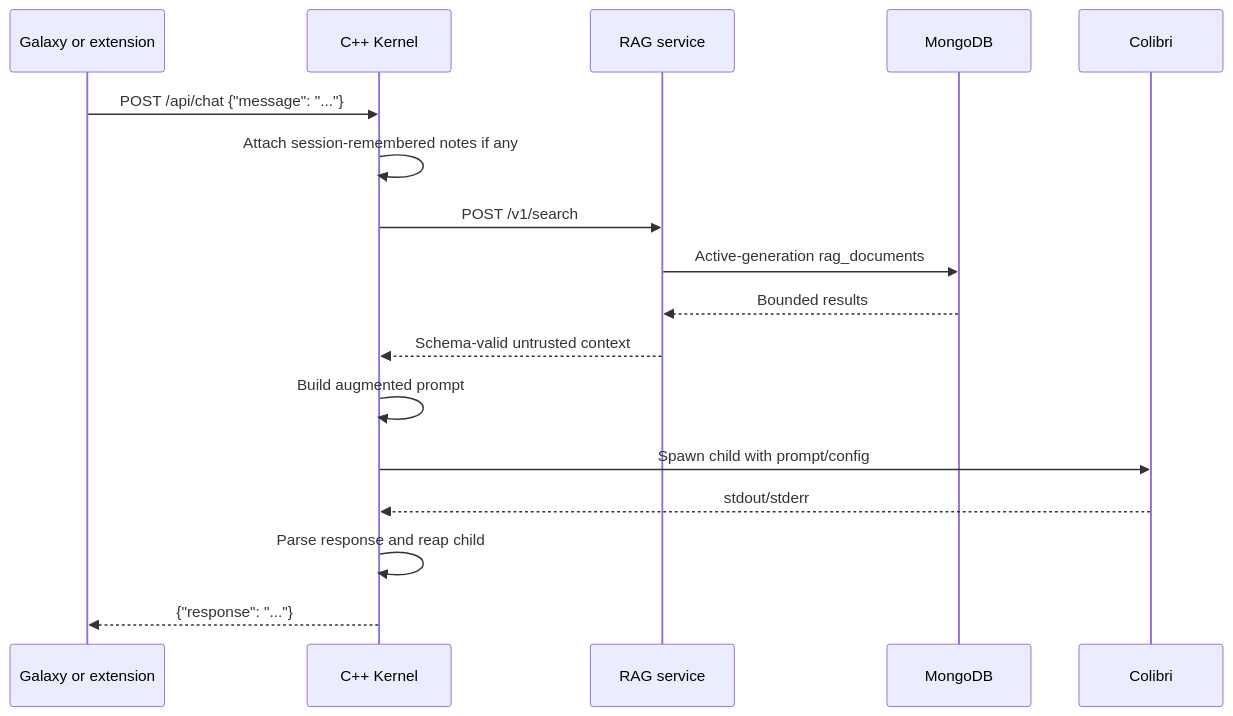
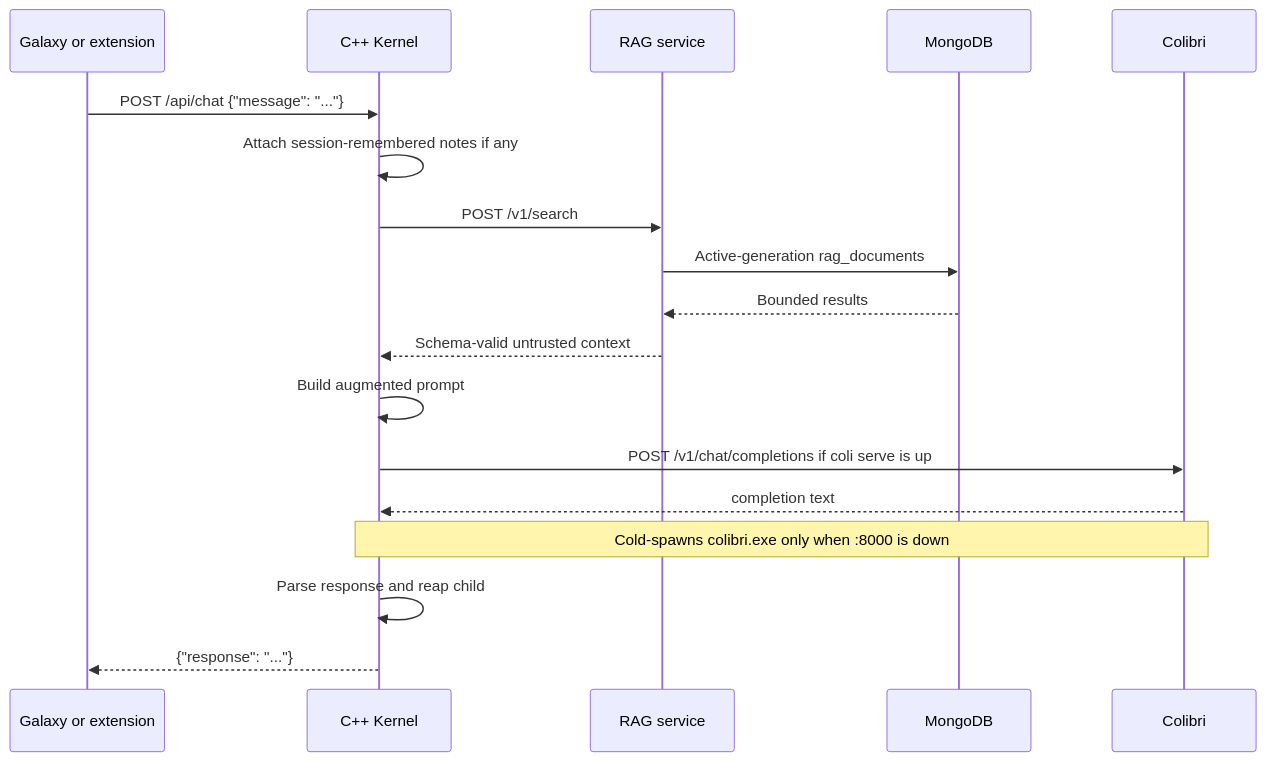
Before and after one commit to usrname1git/GodBrain: the second of 5 diagrams in ARCHITECTURE.md, drawn with Mermaid. The commit also changed other lines of this file and 10 other files, not shown here.

````diff
--- a/ARCHITECTURE.md
+++ b/ARCHITECTURE.md
@@ -222,20 +230,21 @@
 ```mermaid
 sequenceDiagram
     participant U as Galaxy or extension
     participant K as C++ Kernel
     participant R as RAG service
     participant M as MongoDB
     participant C as Colibri
 
     U->>K: POST /api/chat {"message": "..."}
     K->>K: Attach session-remembered notes if any
     K->>R: POST /v1/search
     R->>M: Active-generation rag_documents
     M-->>R: Bounded results
     R-->>K: Schema-valid untrusted context
     K->>K: Build augmented prompt
-    K->>C: Spawn child with prompt/config
-    C-->>K: stdout/stderr
+    K->>C: POST /v1/chat/completions if coli serve is up
+    C-->>K: completion text
+    Note over K,C: Cold-spawns colibri.exe only when :8000 is down
     K->>K: Parse response and reap child
     K-->>U: {"response": "..."}
 ```
````
